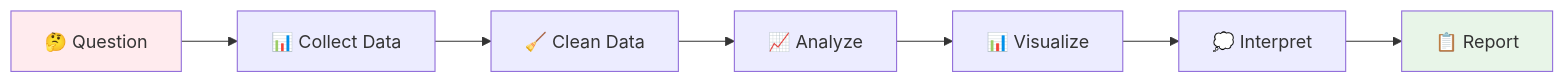
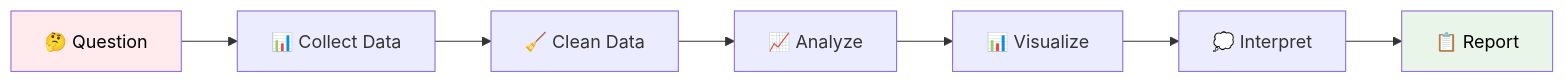
Before and after one commit to siddharthkumarrai/Statics: the sixth of 6 diagrams in README.md, drawn with Mermaid. The commit also changed other lines of this file, not shown here.

````diff
--- a/README.md
+++ b/README.md
@@ -229,12 +229,12 @@
 ```mermaid
 graph LR
     A[🤔 Question] --> B[📊 Collect Data]
     B --> C[🧹 Clean Data]
     C --> D[📈 Analyze]
     D --> E[📊 Visualize]
     E --> F[💭 Interpret]
     F --> G[📋 Report]
 
-    style A fill:#ffebee
-    style G fill:#e8f5e8
+    style A fill:#ffebee,color:#000
+    style G fill:#e8f5e8,color:#000
 ```
````
